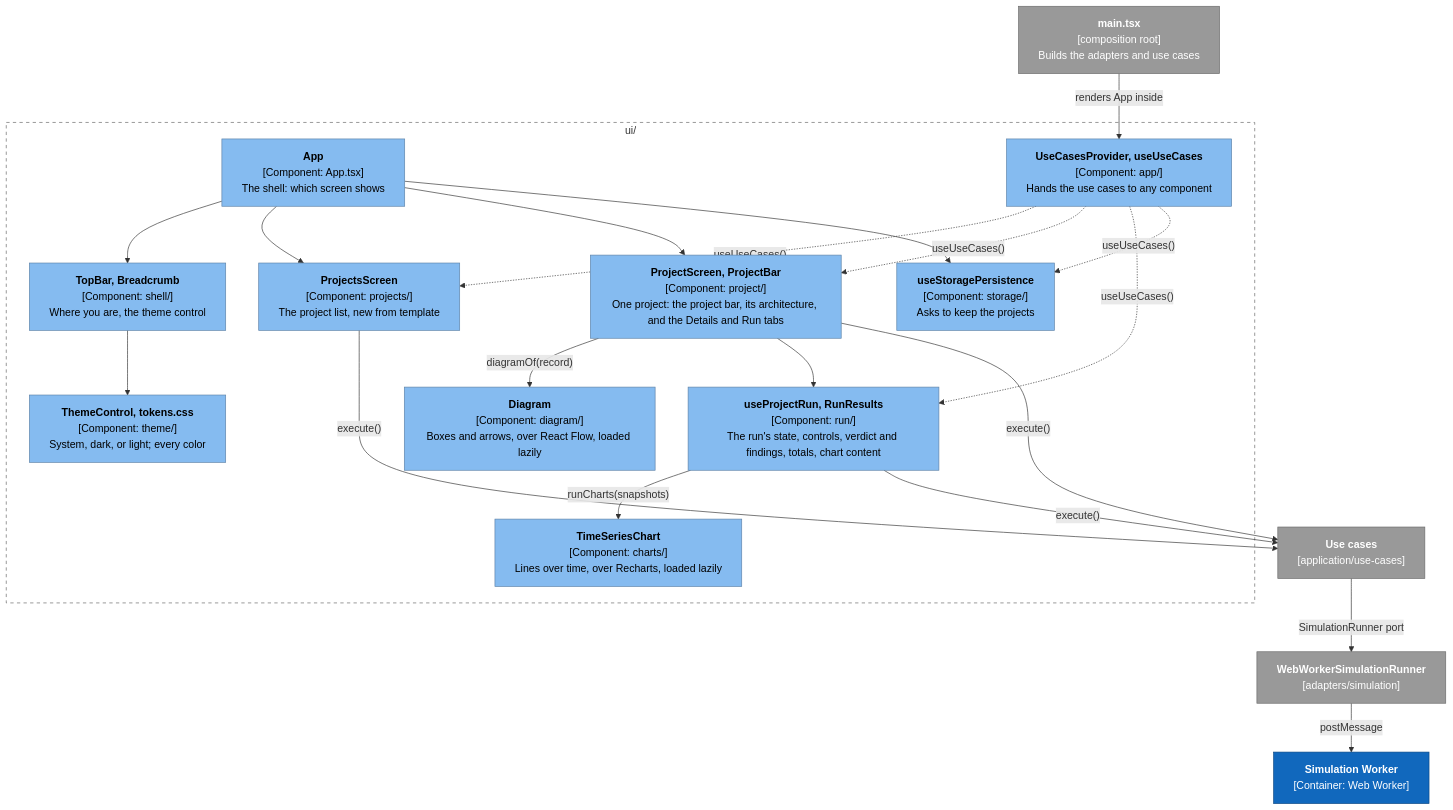
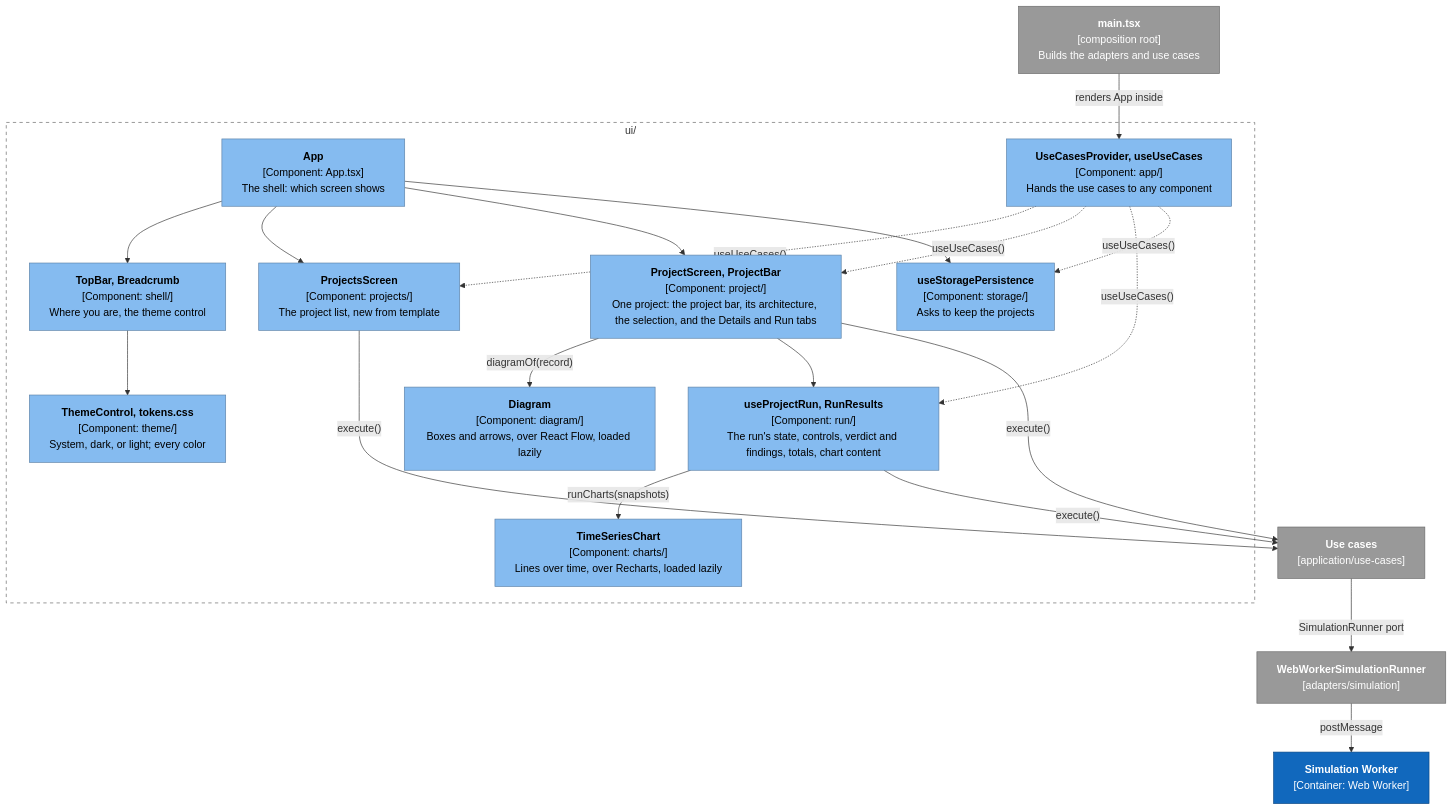
Before and after one commit to alanbickel/wind-tunnel: the first of 2 diagrams in docs/architecture/user-interface.md, drawn with Mermaid. The commit also changed other lines of this file and 45 other files, not shown here.

Commit message:
feat(ui): select a component or edge and read its settings in the Details tab (#87)

````diff
--- a/docs/architecture/user-interface.md
+++ b/docs/architecture/user-interface.md
@@ -11,36 +11,36 @@
 ```mermaid
 %%{init: {"flowchart": {"wrappingWidth": 320}}}%%
 flowchart TB
     main["<b>main.tsx</b><br/>[composition root]<br/>Builds the adapters and use cases"]:::external
     subgraph ui["ui/"]
         app["<b>App</b><br/>[Component: App.tsx]<br/>The shell: which screen shows"]:::component
         shell["<b>TopBar, Breadcrumb</b><br/>[Component: shell/]<br/>Where you are, the theme control"]:::component
         provider["<b>UseCasesProvider, useUseCases</b><br/>[Component: app/]<br/>Hands the use cases to any component"]:::component
         projects["<b>ProjectsScreen</b><br/>[Component: projects/]<br/>The project list, new from template"]:::component
-        project["<b>ProjectScreen, ProjectBar</b><br/>[Component: project/]<br/>One project: the project bar, its architecture, and the Details and Run tabs"]:::component
+        project["<b>ProjectScreen, ProjectBar</b><br/>[Component: project/]<br/>One project: the project bar, its architecture, the selection, and the Details and Run tabs"]:::component
         run["<b>useProjectRun, RunResults</b><br/>[Component: run/]<br/>The run's state, controls, verdict and findings, totals, chart content"]:::component
         storage["<b>useStoragePersistence</b><br/>[Component: storage/]<br/>Asks to keep the projects"]:::component
         theme["<b>ThemeControl, tokens.css</b><br/>[Component: theme/]<br/>System, dark, or light; every color"]:::component
         diagram["<b>Diagram</b><br/>[Component: diagram/]<br/>Boxes and arrows, over React Flow, loaded lazily"]:::component
         charts["<b>TimeSeriesChart</b><br/>[Component: charts/]<br/>Lines over time, over Recharts, loaded lazily"]:::component
     end
     uc["<b>Use cases</b><br/>[application/use-cases]"]:::external
     runner["<b>WebWorkerSimulationRunner</b><br/>[adapters/simulation]"]:::external
     worker["<b>Simulation Worker</b><br/>[Container: Web Worker]"]:::system
     main -->|"renders App inside"| provider
     provider -.->|"useUseCases()"| projects & project & run & storage
     app --> shell & projects & project & storage
     shell --> theme
     project -->|"diagramOf(record)"| diagram
     project --> run
     run -->|"runCharts(snapshots)"| charts
     projects & project & run -->|"execute()"| uc
     uc -->|"SimulationRunner port"| runner
     runner -->|"postMessage"| worker
     style ui fill:none,stroke:#666,stroke-dasharray:5 5
     classDef person fill:#08427b,stroke:#052e56,color:#fff
     classDef system fill:#1168bd,stroke:#0b4884,color:#fff
     classDef component fill:#85bbf0,stroke:#5d82a8,color:#000
     classDef external fill:#999,stroke:#6b6b6b,color:#fff
     classDef planned fill:#fff,stroke:#1168bd,color:#1168bd,stroke-dasharray:5 5
 ```
````
